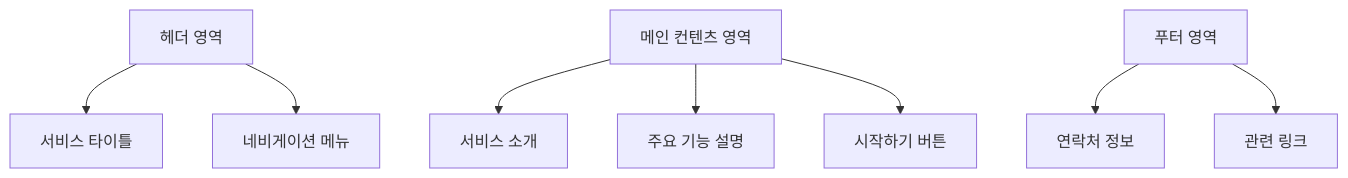
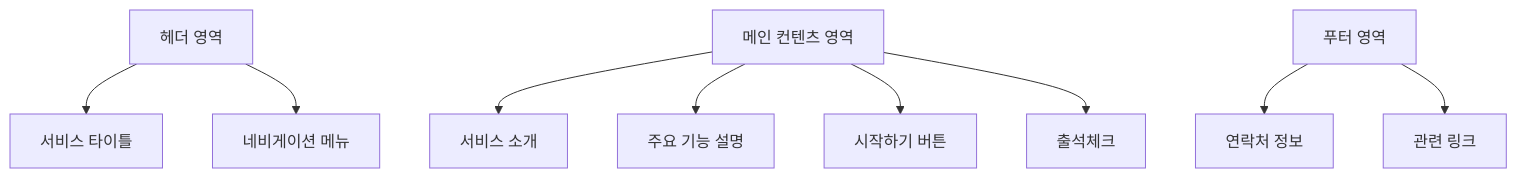
One commit to CodeQuizz/CodeQuizz_main changed the second of 5 diagrams in report/화면설계서.md. Above: the diagram before and after it, drawn with Mermaid. The commit also changed other lines of this file and 4 other files, not shown here.

````diff
--- a/report/화면설계서.md
+++ b/report/화면설계서.md
@@ -38,12 +38,13 @@
 ```mermaid
 flowchart TD
     Header[헤더 영역] --> Title[서비스 타이틀]
     Header --> Nav[네비게이션 메뉴]
     
     Main[메인 컨텐츠 영역] --> Intro[서비스 소개]
     Main --> Features[주요 기능 설명]
     Main --> StartBtn[시작하기 버튼]
+    Main --> Attendance[출석체크]
     
     Footer[푸터 영역] --> Contact[연락처 정보]
     Footer --> Links[관련 링크]
 ```
````
